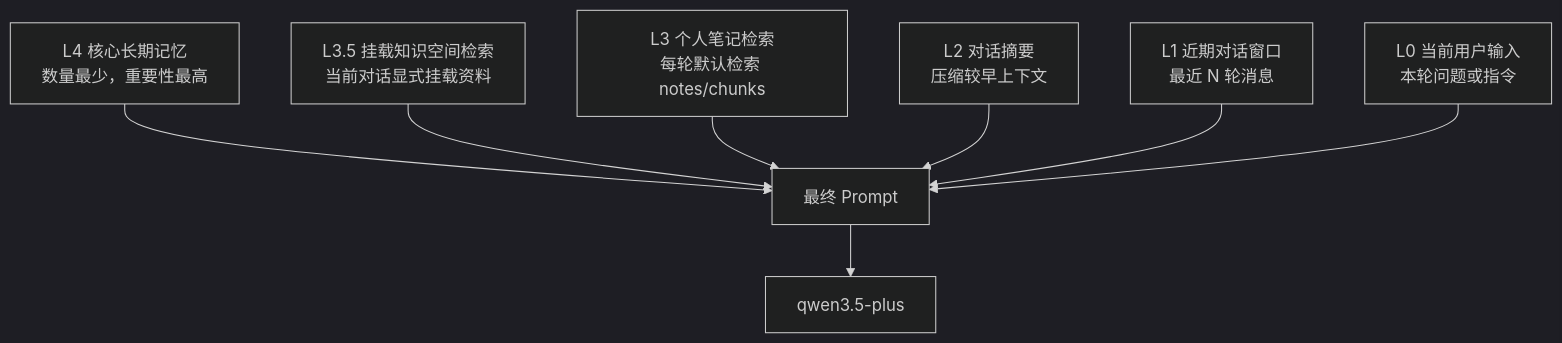
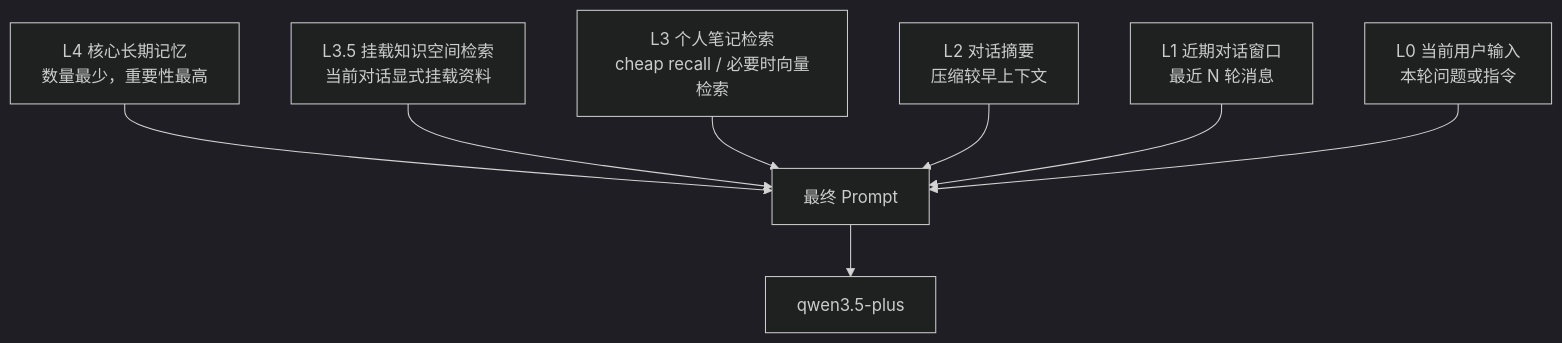
Before and after one commit to LiuJiaxuan1024/AiMemo: the first of 9 diagrams in docs/agent/memory-chat-graph-design.md, drawn with Mermaid (dark theme). The commit also changed other lines of this file and 10 other files, not shown here.

Commit message:
perf: use cheap recall for note retrieval

````diff
--- a/docs/agent/memory-chat-graph-design.md
+++ b/docs/agent/memory-chat-graph-design.md
@@ -19,10 +19,10 @@
 ```mermaid
 flowchart TB
     L4[L4 核心长期记忆<br/>数量最少，重要性最高] --> Prompt[最终 Prompt]
     L35[L3.5 挂载知识空间检索<br/>当前对话显式挂载资料] --> Prompt
-    L3[L3 个人笔记检索<br/>每轮默认检索 notes/chunks] --> Prompt
+    L3[L3 个人笔记检索<br/>cheap recall / 必要时向量检索] --> Prompt
     L2[L2 对话摘要<br/>压缩较早上下文] --> Prompt
     L1[L1 近期对话窗口<br/>最近 N 轮消息] --> Prompt
     L0[L0 当前用户输入<br/>本轮问题或指令] --> Prompt
     Prompt --> LLM[qwen3.5-plus]
 ```
````
